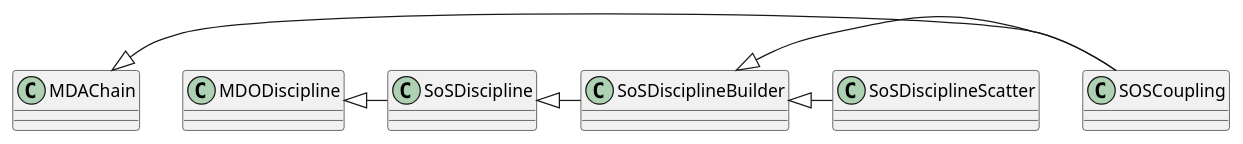
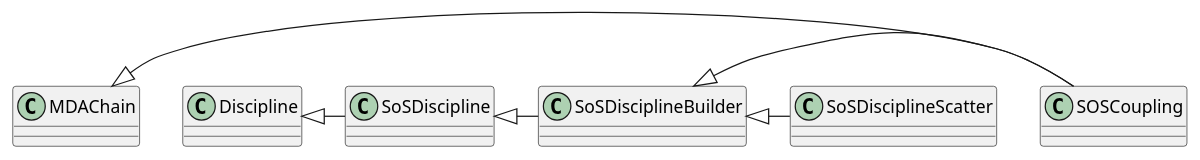
One commit to os-climate/sostrades-core changed the diagram in sostrades_core/tools/refactoring/eev4/current/sos_classes.puml. Above: the diagram before and after it, drawn with PlantUML. The commit also changed 63 other files, not shown here.

Commit message:
Rename mdodiscipline into discipline for all files + fix some refacto not handled by bump-gemseo

```diff
--- a/sostrades_core/tools/refactoring/eev4/current/sos_classes.puml
+++ b/sostrades_core/tools/refactoring/eev4/current/sos_classes.puml
@@ -2,10 +2,10 @@
 @startuml
 class         SOSCoupling
 SoSDisciplineBuilder <|- SOSCoupling
 MDAChain <|- SOSCoupling
 SoSDiscipline <|- SoSDisciplineBuilder
 
-MDODiscipline <|- SoSDiscipline
+Discipline <|- SoSDiscipline
 
 SoSDisciplineBuilder <|- SoSDisciplineScatter
 @enduml
```
